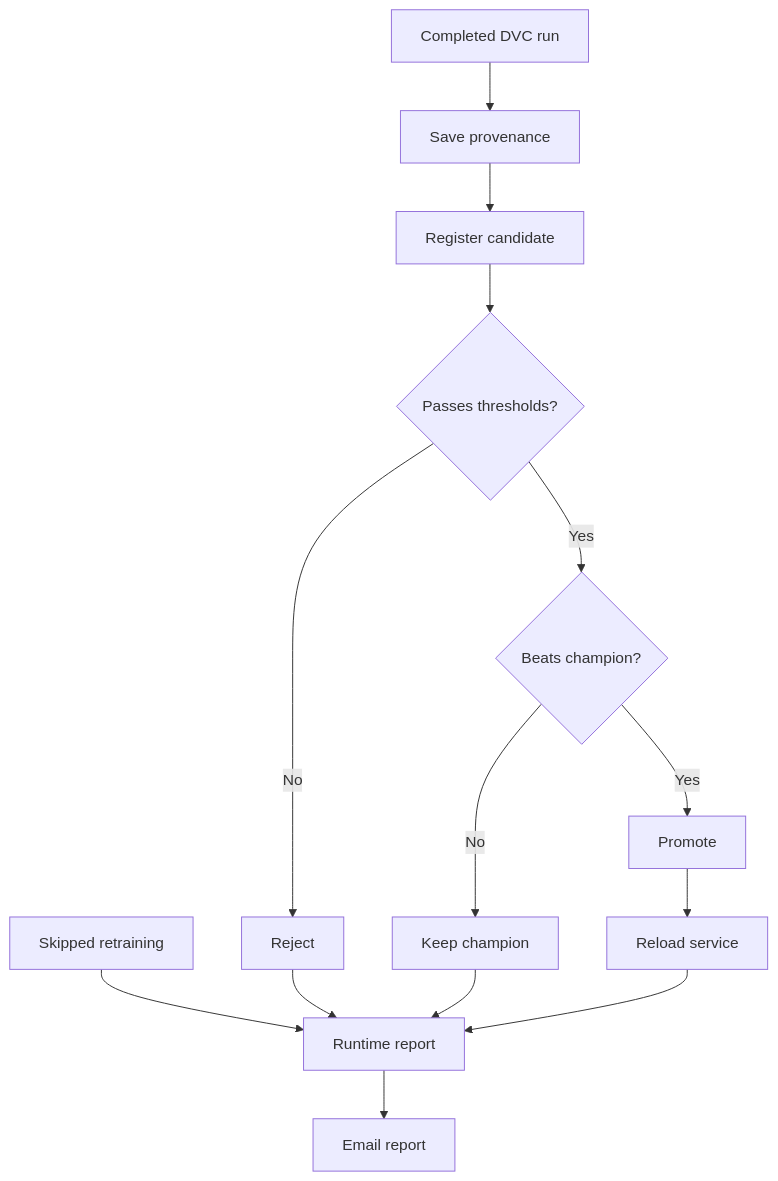
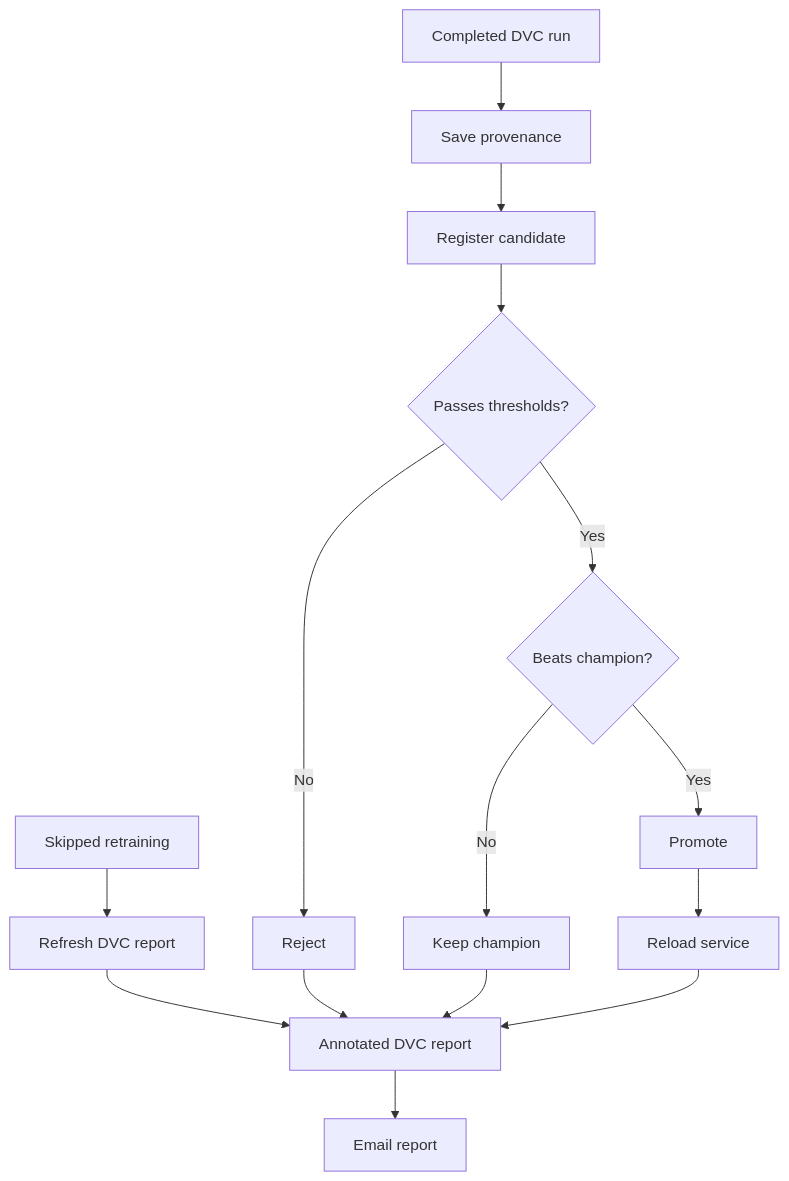
Before and after one commit to swadeshbalajee/galaxy_morphology_fp: the eighth of 9 diagrams in FINAL_PROJECT_REPORT.md, drawn with Mermaid. The commit also changed other lines of this file and 11 other files, not shown here.

````diff
--- a/FINAL_PROJECT_REPORT.md
+++ b/FINAL_PROJECT_REPORT.md
@@ -601,16 +595,17 @@
 ```mermaid
 flowchart TB
   Run[Completed DVC run] --> Provenance[Save provenance]
-  Skip[Skipped retraining] --> Report[Runtime report]
+  Skip[Skipped retraining] --> Refresh[Refresh DVC report]
+  Refresh --> Report[Annotated DVC report]
   Provenance --> Register[Register candidate]
   Register --> Validate{Passes thresholds?}
   Validate -->|No| Reject[Reject]
   Validate -->|Yes| Compare{Beats champion?}
   Compare -->|Yes| Promote[Promote]
   Compare -->|No| Keep[Keep champion]
   Promote --> Reload[Reload service]
   Reject --> Report
   Keep --> Report
   Reload --> Report
   Report --> Email[Email report]
 ```
````
